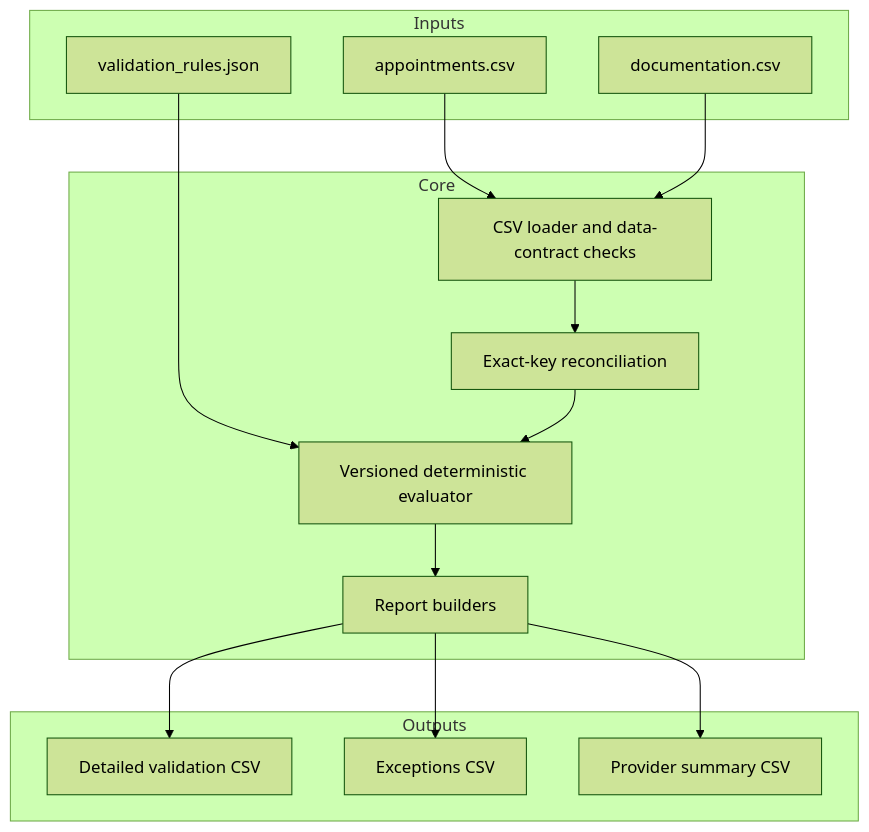
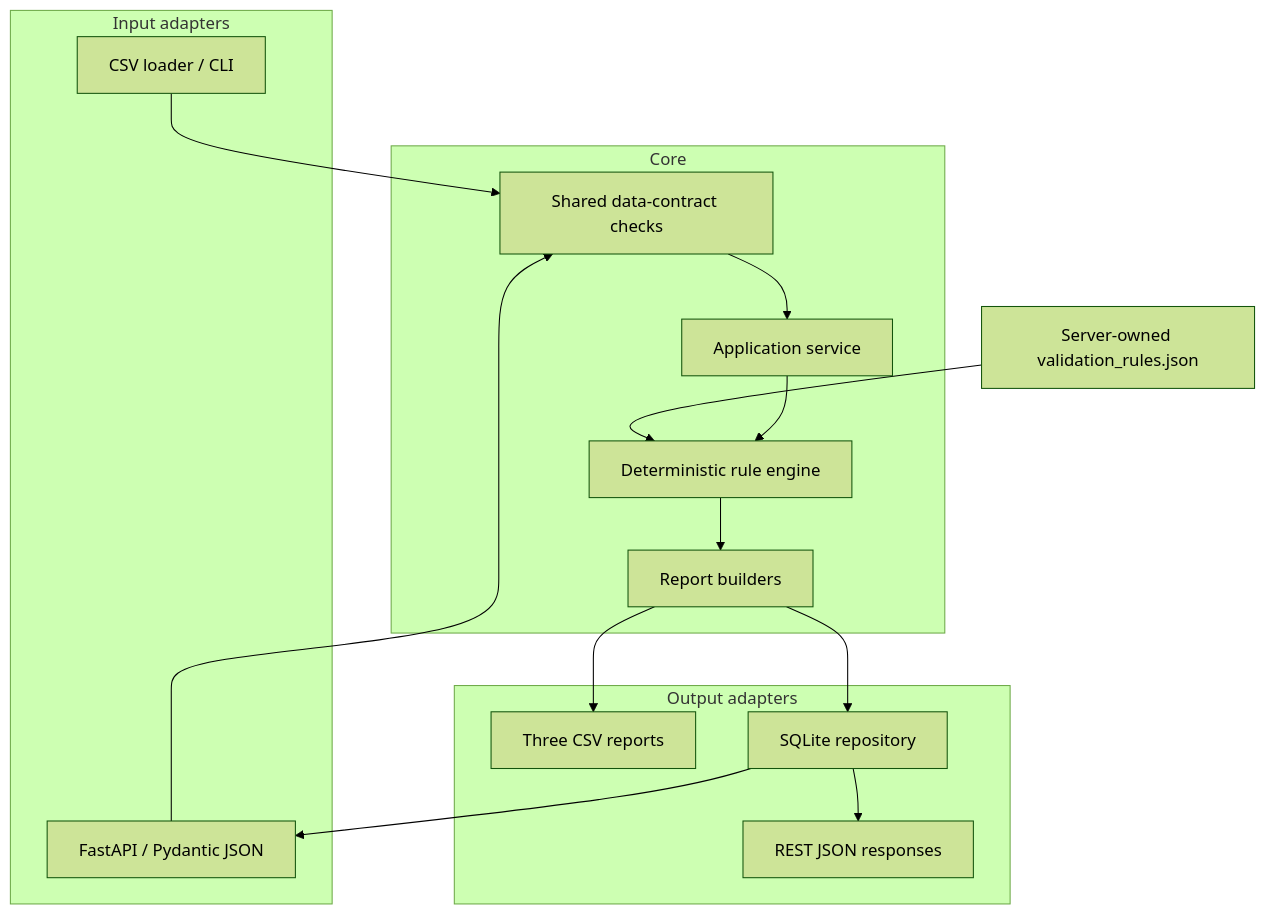
The diagram in docs/architecture.md (giovannimounir96/behavioral-health-documentation-validator), drawn with Mermaid (forest theme) before and after one commit. The commit also changed other lines of this file and 18 other files, not shown here.

Commit message:
feat: add SQLite persistence and REST API

````diff
--- a/docs/architecture.md
+++ b/docs/architecture.md
@@ -9,29 +9,28 @@
 ```mermaid
 flowchart TB
-    subgraph Inputs
-        A["appointments.csv"]
-        B["documentation.csv"]
-        C["validation_rules.json"]
+    subgraph Input adapters
+        A["CSV loader / CLI"]
+        B["FastAPI / Pydantic JSON"]
     end
 
     subgraph Core
-        D["CSV loader and data-contract checks"]
-        E["Exact-key reconciliation"]
-        F["Versioned deterministic evaluator"]
-        G["Report builders"]
+        C["Shared data-contract checks"]
+        D["Application service"]
+        E["Deterministic rule engine"]
+        F["Report builders"]
     end
 
-    subgraph Outputs
-        H["Detailed validation CSV"]
-        I["Exceptions CSV"]
-        J["Provider summary CSV"]
+    subgraph Output adapters
+        G["Three CSV reports"]
+        H["SQLite repository"]
+        I["REST JSON responses"]
     end
 
-    A --> D
-    B --> D
-    C --> F
-    D --> E --> F --> G
-    G --> H
-    G --> I
-    G --> J
+    J["Server-owned validation_rules.json"] --> E
+    A --> C
+    B --> C
+    C --> D --> E --> F
+    F --> G
+    F --> H --> I
+    H --> B
 ```
````
